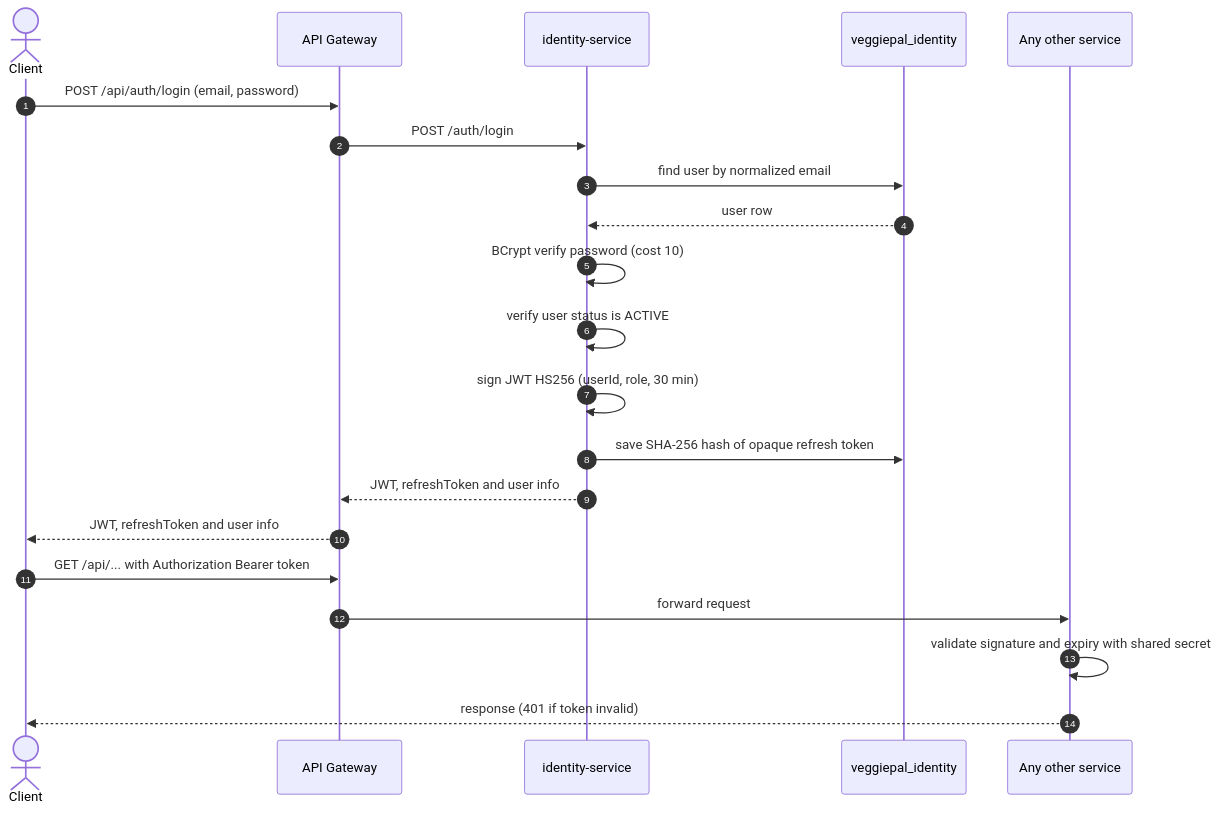
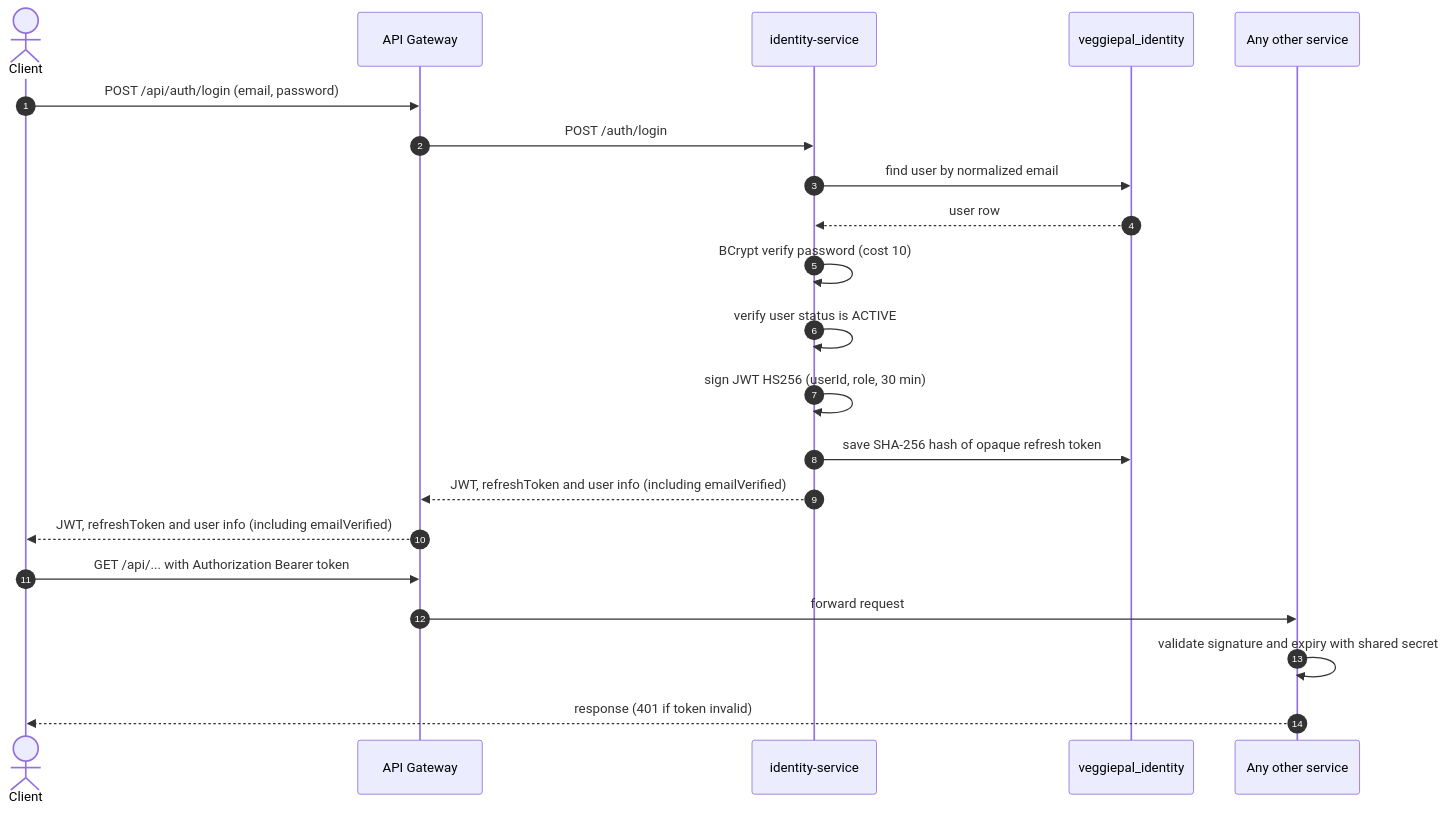
Diagram 12 of 19 in docs/PRM_CAPSTONE.md (Phu0312/VeggiePal-Microservice), drawn with Mermaid before and after one commit. The commit also changed other lines of this file and 64 other files, not shown here.

````diff
--- a/docs/PRM_CAPSTONE.md
+++ b/docs/PRM_CAPSTONE.md
@@ -919,24 +926,24 @@
 ```mermaid
 sequenceDiagram
     autonumber
     actor C as Client
     participant GW as API Gateway
     participant ID as identity-service
     participant DB as veggiepal_identity
     participant S as Any other service
 
     C->>GW: POST /api/auth/login (email, password)
     GW->>ID: POST /auth/login
     ID->>DB: find user by normalized email
     DB-->>ID: user row
     ID->>ID: BCrypt verify password (cost 10)
     ID->>ID: verify user status is ACTIVE
     ID->>ID: sign JWT HS256 (userId, role, 30 min)
     ID->>DB: save SHA-256 hash of opaque refresh token
-    ID-->>GW: JWT, refreshToken and user info
-    GW-->>C: JWT, refreshToken and user info
+    ID-->>GW: JWT, refreshToken and user info (including emailVerified)
+    GW-->>C: JWT, refreshToken and user info (including emailVerified)
     C->>GW: GET /api/... with Authorization Bearer token
     GW->>S: forward request
     S->>S: validate signature and expiry with shared secret
     S-->>C: response (401 if token invalid)
 ```
````
